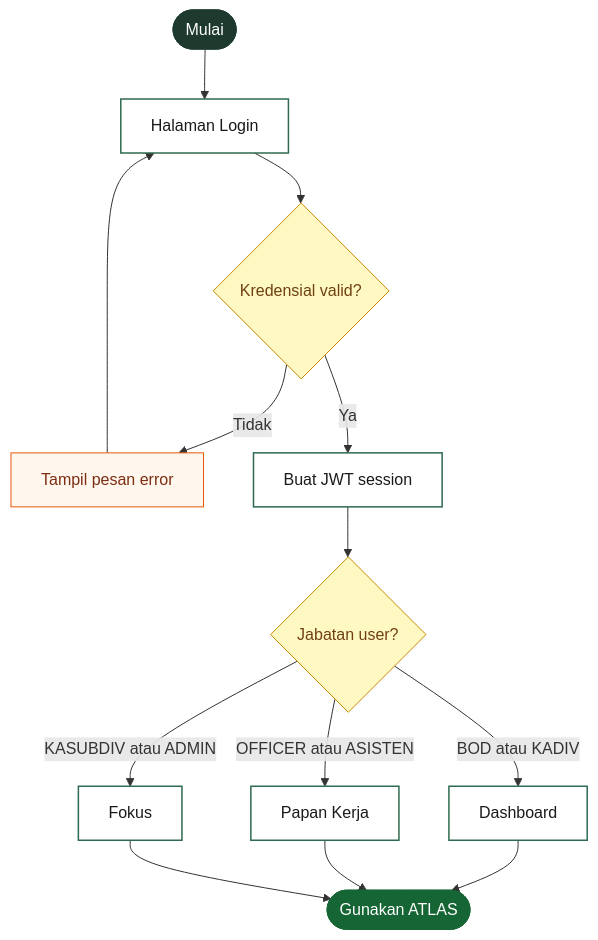
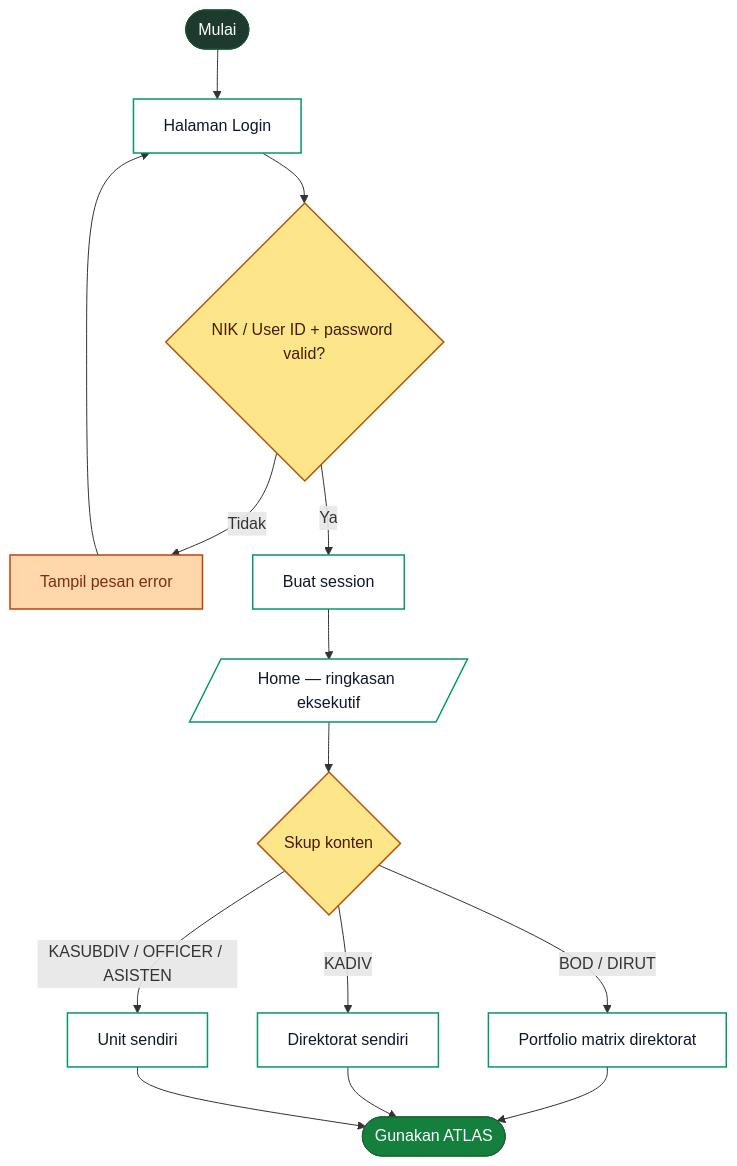
Before and after one commit to alifnrmdhn-create/atlas-fullstack: the first of 8 diagrams in docs/ATLAS_PLAYBOOK.md, drawn with Mermaid. The commit also changed other lines of this file and 38 other files, not shown here.

````diff
--- a/docs/ATLAS_PLAYBOOK.md
+++ b/docs/ATLAS_PLAYBOOK.md
@@ -47,21 +53,22 @@
 ```mermaid
 flowchart TD
     A([Mulai]):::start --> B[Halaman Login]:::proc
-    B --> C{Kredensial valid?}:::decision
+    B --> C{NIK / User ID + password valid?}:::decision
     C -- Tidak --> D[Tampil pesan error]:::warn
     D --> B
-    C -- Ya --> E[Buat JWT session]:::proc
-    E --> F{Jabatan user?}:::decision
-    F -- BOD atau KADIV --> G[Dashboard]:::proc
-    F -- OFFICER atau ASISTEN --> H[Papan Kerja]:::proc
-    F -- KASUBDIV atau ADMIN --> I[Fokus]:::proc
-    G --> J([Gunakan ATLAS]):::done
-    H --> J
-    I --> J
+    C -- Ya --> E[Buat session]:::proc
+    E --> F[/ Home — ringkasan eksekutif/]:::proc
+    F --> G{Skup konten}:::decision
+    G -- BOD / DIRUT --> H[Portfolio matrix direktorat]:::proc
+    G -- KADIV --> I[Direktorat sendiri]:::proc
+    G -- KASUBDIV / OFFICER / ASISTEN --> J[Unit sendiri]:::proc
+    H --> K([Gunakan ATLAS]):::done
+    I --> K
+    J --> K
 
-    classDef start    fill:#1e3a2f,stroke:#1e3a2f,color:#fff
-    classDef done     fill:#166534,stroke:#166534,color:#fff
-    classDef proc     fill:#fff,stroke:#2d6a4f,color:#1a1a1a,stroke-width:1.5px
-    classDef decision fill:#fef9c3,stroke:#ca8a04,color:#713f12
-    classDef warn     fill:#fff7ed,stroke:#ea580c,color:#7c2d12
+    classDef start    fill:#1e3a2f,stroke:#14532d,color:#ffffff
+    classDef done     fill:#15803d,stroke:#166534,color:#ffffff
+    classDef proc     fill:#ffffff,stroke:#059669,color:#0F172A,stroke-width:1.5px
+    classDef decision fill:#fde68a,stroke:#b45309,color:#451a03,stroke-width:1.5px
+    classDef warn     fill:#fed7aa,stroke:#c2410c,color:#7c2d12,stroke-width:1.5px
 ```
````
